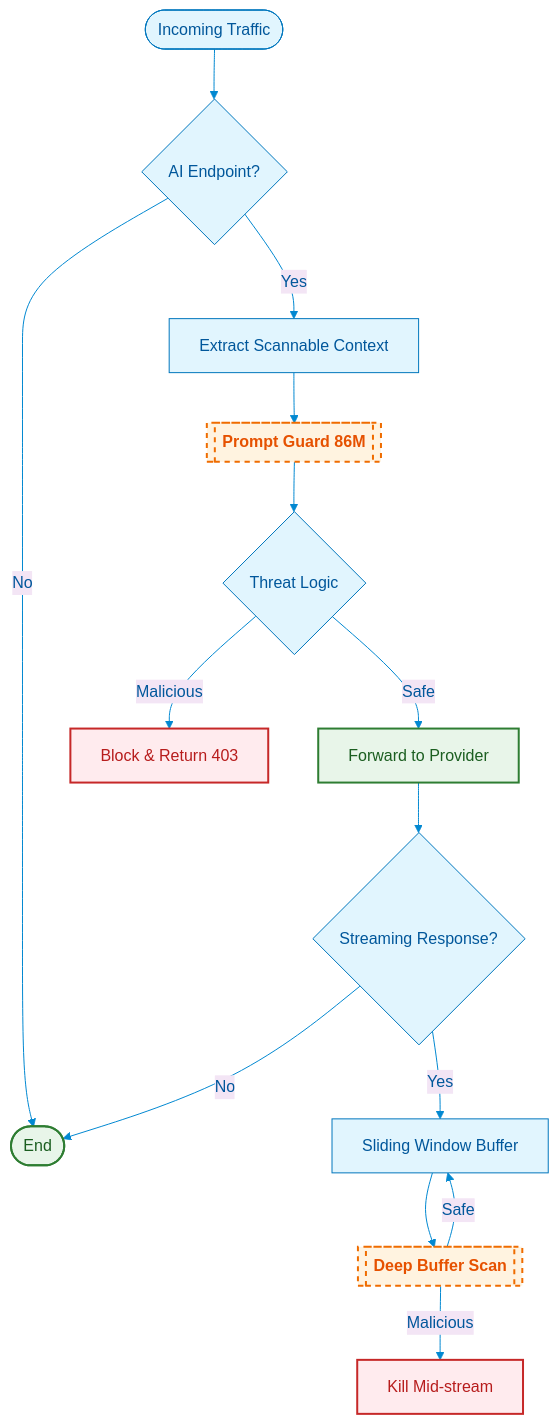
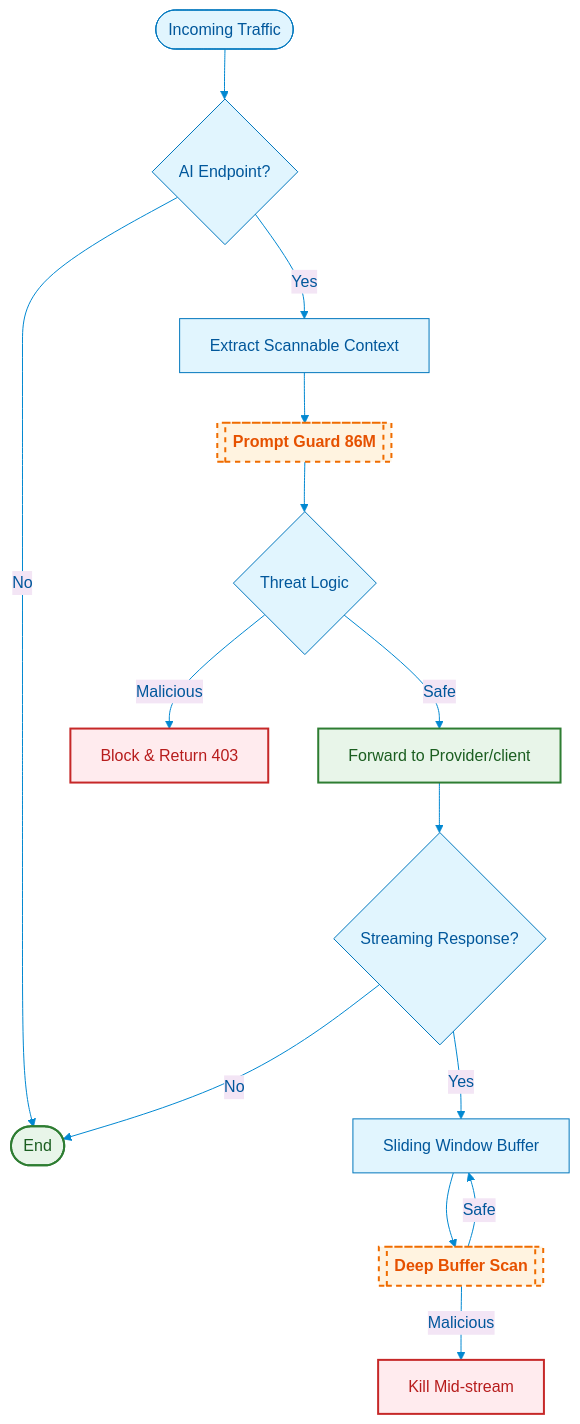
The diagram in README.md (JC-lurker/Prompt-Guard-86m), drawn with Mermaid before and after one commit.

````diff
--- a/README.md
+++ b/README.md
@@ -16,53 +16,53 @@
 ```mermaid
 %%{init: {
   'theme': 'base',
   'themeVariables': {
     'primaryColor': '#e1f5fe',
     'primaryTextColor': '#01579b',
     'primaryBorderColor': '#0288d1',
     'lineColor': '#0288d1',
     'secondaryColor': '#f3e5f5',
     'tertiaryColor': '#e8f5e9'
   }
 }}%%
 graph TD
     %% Node Definitions
     Start([Incoming Traffic])
     PathCheck{AI Endpoint?}
     Extract[Extract Scannable Context]
     Model[[<b>Prompt Guard 86M</b>]]
     Score{Threat Logic}
     Block[Block & Return 403]
-    Forward[Forward to Provider]
+    Forward[Forward to Provider/client]
     StreamCheck{Streaming Response?}
     Window[Sliding Window Buffer]
     BufferScan[[<b>Deep Buffer Scan</b>]]
     Kill[Kill Mid-stream]
     Done([End])
 
     %% Flow
     Start --> PathCheck
     PathCheck -- "No" --> Done
     PathCheck -- "Yes" --> Extract
     Extract --> Model
     Model --> Score
     Score -- "Malicious" --> Block
     Score -- "Safe" --> Forward
     Forward --> StreamCheck
     StreamCheck -- "No" --> Done
     StreamCheck -- "Yes" --> Window
     Window --> BufferScan
     BufferScan -- "Malicious" --> Kill
     BufferScan -- "Safe" --> Window
 
     %% Styling
     classDef malicious fill:#ffebee,stroke:#c62828,color:#b71c1c,stroke-width:2px;
     classDef safe fill:#e8f5e9,stroke:#2e7d32,color:#1b5e20,stroke-width:2px;
     classDef logic fill:#e1f5fe,stroke:#0277bd,color:#01579b;
     classDef ai fill:#fff3e0,stroke:#ef6c00,color:#e65100,stroke-width:2px,stroke-dasharray: 5 5;
 
     class Block,Kill malicious;
     class Forward,Done safe;
     class Start,PathCheck,Extract,Score,StreamCheck,Window logic;
     class Model,BufferScan ai;
 ```
````
